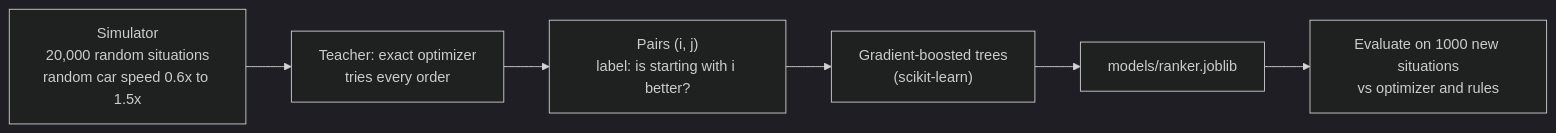
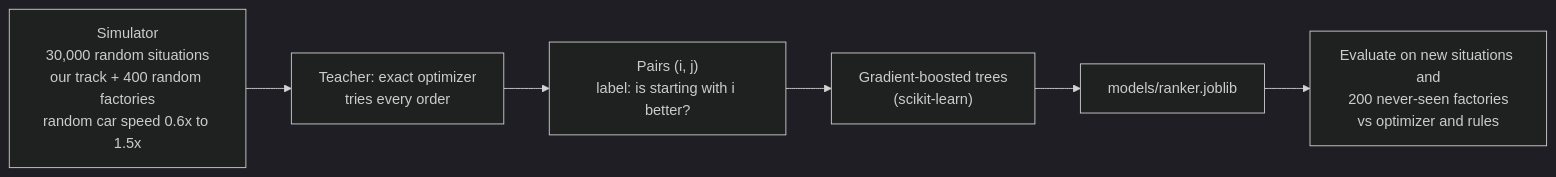
The third of 3 diagrams in docs/architecture.md (noureldinGM/Carkaroo), drawn with Mermaid (dark theme) before and after one commit. The commit also changed other lines of this file and 24 other files, not shown here.

````diff
--- a/docs/architecture.md
+++ b/docs/architecture.md
@@ -61,8 +61,8 @@
 ```mermaid
 flowchart LR
-    S["Simulator<br/>20,000 random situations<br/>random car speed 0.6x to 1.5x"] --> T["Teacher: exact optimizer<br/>tries every order"]
+    S["Simulator<br/>30,000 random situations<br/>our track + 400 random factories<br/>random car speed 0.6x to 1.5x"] --> T["Teacher: exact optimizer<br/>tries every order"]
     T --> P["Pairs (i, j)<br/>label: is starting with i better?"]
     P --> M["Gradient-boosted trees<br/>(scikit-learn)"]
     M --> F["models/ranker.joblib"]
-    F --> E["Evaluate on 1000 new situations<br/>vs optimizer and rules"]
+    F --> E["Evaluate on new situations and<br/>200 never-seen factories<br/>vs optimizer and rules"]
 ```
````
